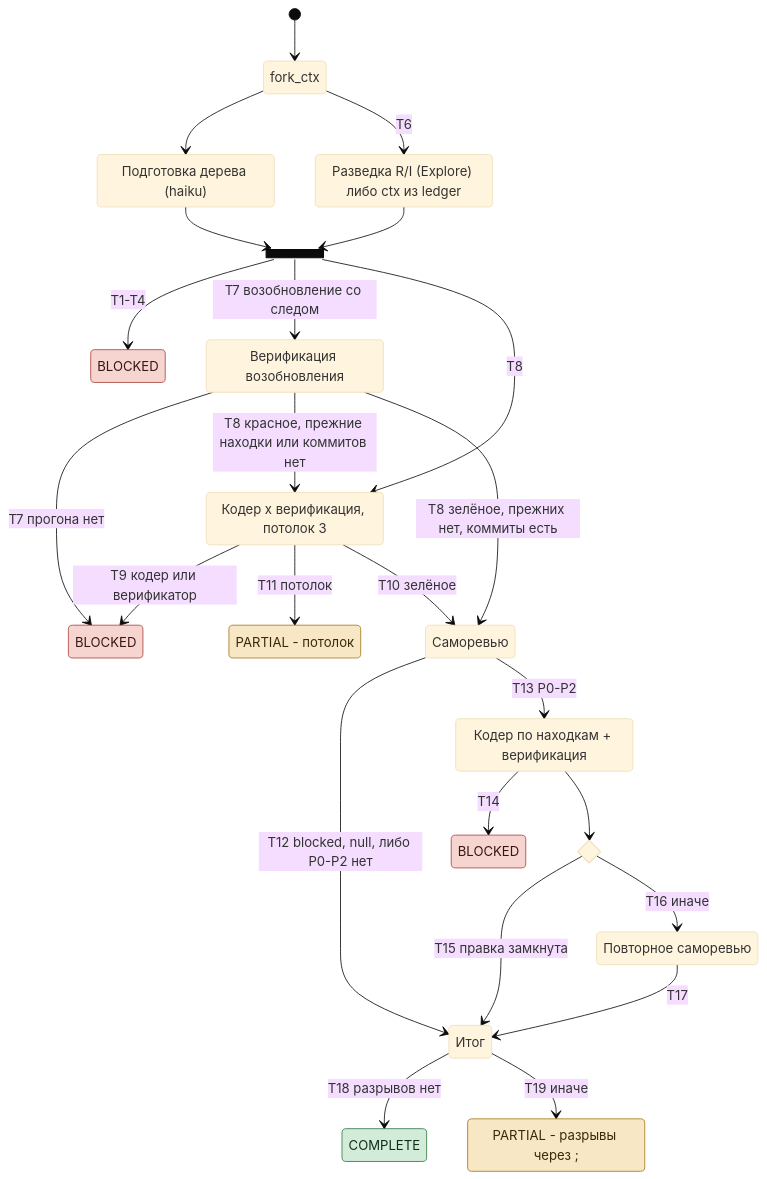
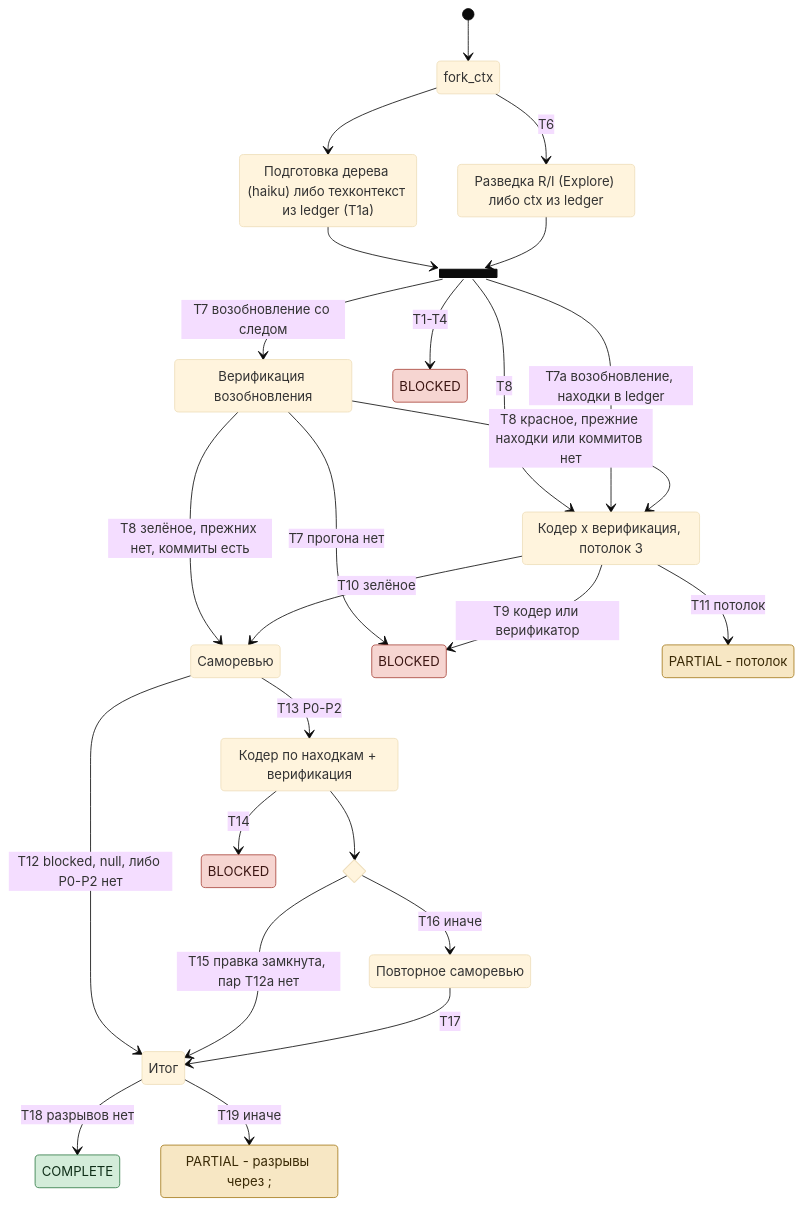
Before and after one commit to dex-it/claude-code-marketplace: the diagram in plugins/auto/docs/tracks/feature.md, drawn with Mermaid (base theme). The commit also changed other lines of this file and 19 other files, not shown here.

````diff
--- a/plugins/auto/docs/tracks/feature.md
+++ b/plugins/auto/docs/tracks/feature.md
@@ -15,53 +15,54 @@
 ```mermaid
 stateDiagram-v2
   direction TB
   [*] --> fork_ctx
   state fork_ctx <<fork>>
   state join_ctx <<join>>
-  state "Подготовка дерева (haiku)" as Prep
+  state "Подготовка дерева (haiku) либо техконтекст из ledger (T1a)" as Prep
   state "Разведка R/I (Explore) либо ctx из ledger" as Req
   state "Верификация возобновления" as VerR
   state "Кодер x верификация, потолок 3" as Fix
   state "Саморевью" as Rev
   state "Кодер по находкам + верификация" as Fix2
   state "Повторное саморевью" as Rev2
   state "Итог" as Final
   state sealChoice <<choice>>
 
   state "BLOCKED" as B1
   state "BLOCKED" as B2
   state "BLOCKED" as B3
   state "PARTIAL - потолок" as P0
   state "COMPLETE" as C
   state "PARTIAL - разрывы через ;" as P1
 
   fork_ctx --> Prep
   fork_ctx --> Req: T6
   Prep --> join_ctx
   Req --> join_ctx
   join_ctx --> B1: T1-T4
   join_ctx --> VerR: T7 возобновление со следом
   join_ctx --> Fix: T8
+  join_ctx --> Fix: T7a возобновление, находки в ledger
   VerR --> B2: T7 прогона нет
   VerR --> Fix: T8 красное, прежние находки или коммитов нет
   VerR --> Rev: T8 зелёное, прежних нет, коммиты есть
   Fix --> B2: T9 кодер или верификатор
   Fix --> P0: T11 потолок
   Fix --> Rev: T10 зелёное
   Rev --> Final: T12 blocked, null, либо P0-P2 нет
   Rev --> Fix2: T13 P0-P2
   Fix2 --> B3: T14
   Fix2 --> sealChoice
-  sealChoice --> Final: T15 правка замкнута
+  sealChoice --> Final: T15 правка замкнута, пар T12a нет
   sealChoice --> Rev2: T16 иначе
   Rev2 --> Final: T17
   Final --> C: T18 разрывов нет
   Final --> P1: T19 иначе
 
   classDef stop fill:#f6d5d1,stroke:#a8453b,color:#3b1512
   classDef part fill:#f7e7c4,stroke:#a57a1c,color:#3a2a06
   classDef done fill:#d3ecd9,stroke:#2f7a45,color:#0f2e18
   class B1,B2,B3 stop
   class P0,P1 part
   class C done
 ```
````
